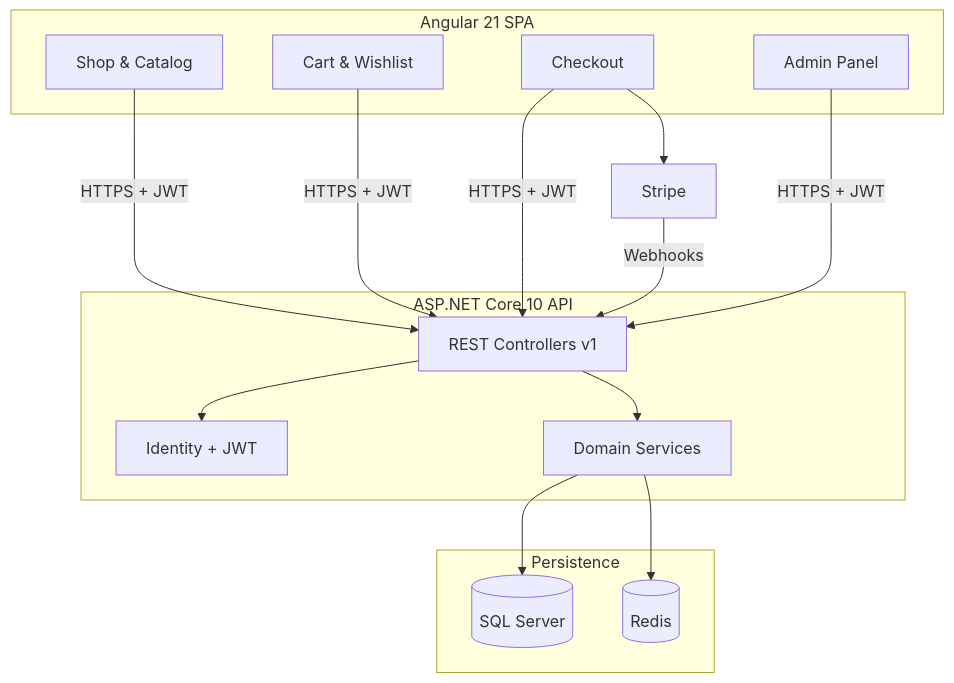
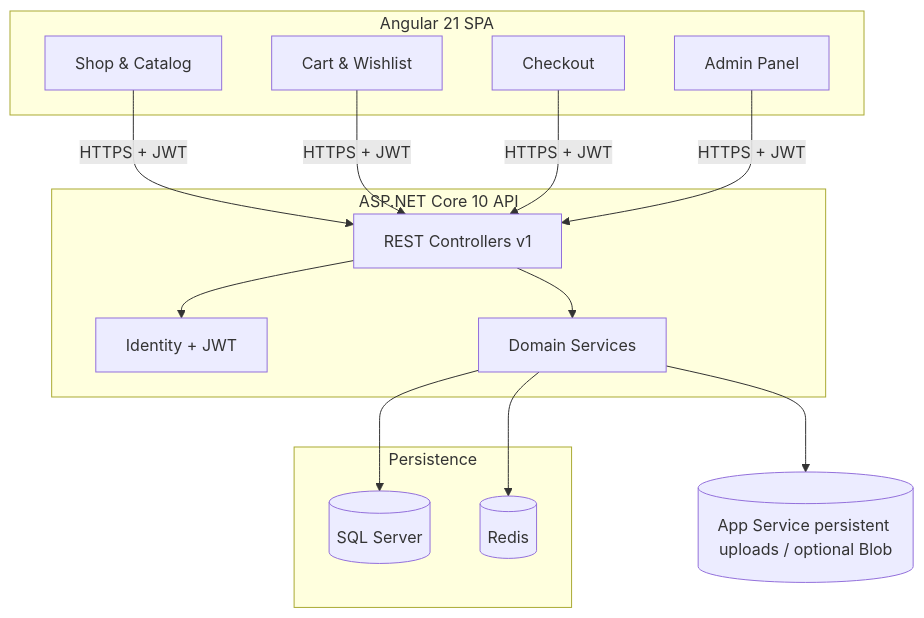
The diagram in README.md (jaatvishal/nature-schakki_backend), drawn with Mermaid before and after one commit. The commit also changed other lines of this file and 14 other files, not shown here.

````diff
--- a/README.md
+++ b/README.md
@@ -14,29 +14,28 @@
 ```mermaid
 flowchart TB
     subgraph Frontend["Angular 21 SPA"]
         SHOP[Shop & Catalog]
         CART[Cart & Wishlist]
         CHK[Checkout]
         ADM[Admin Panel]
     end
 
     subgraph Backend["ASP.NET Core 10 API"]
         API[REST Controllers v1]
         ID[Identity + JWT]
         SVC[Domain Services]
     end
 
     subgraph Data["Persistence"]
         SQL[(SQL Server)]
         REDIS[(Redis)]
     end
 
-    STRIPE[Stripe]
+    STORAGE[(App Service persistent uploads / optional Blob)]
 
     SHOP & CART & CHK & ADM -->|HTTPS + JWT| API
     API --> ID & SVC
     SVC --> SQL
     SVC --> REDIS
-    CHK --> STRIPE
-    STRIPE -->|Webhooks| API
+    SVC --> STORAGE
 ```
````
